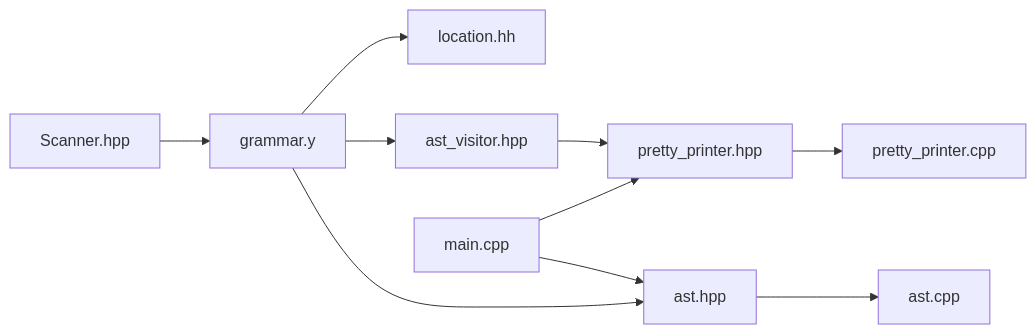
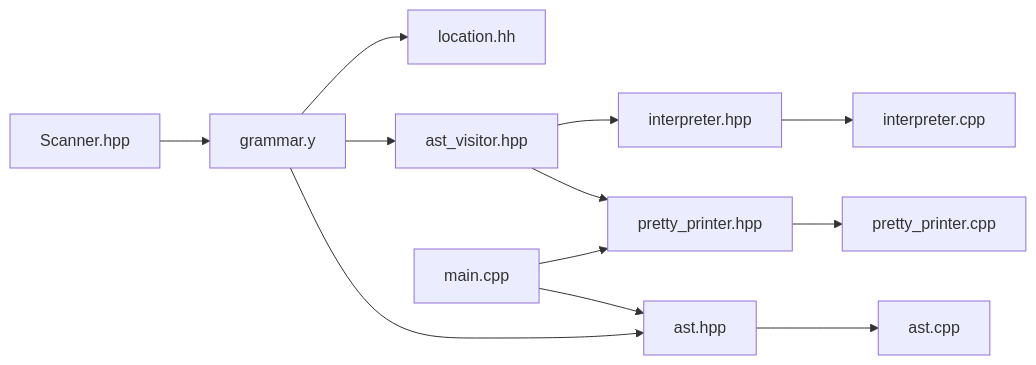
One commit to littlebirds/modern_bision changed the third of 4 diagrams in .qoder/repowiki/en/content/AST Framework/AST Framework.md. Above: the diagram before and after it, drawn with Mermaid. The commit also changed other lines of this file and 6 other files, not shown here.

````diff
--- a/.qoder/repowiki/en/content/AST Framework/AST Framework.md
+++ b/.qoder/repowiki/en/content/AST Framework/AST Framework.md
@@ -406,12 +467,14 @@
 ```mermaid
 graph LR
 G["grammar.y"] --> A["ast.hpp"]
 G --> V["ast_visitor.hpp"]
 G --> L["location.hh"]
 A --> ACPP["ast.cpp"]
 V --> PP_H["pretty_printer.hpp"]
+V --> I_H["interpreter.hpp"]
 PP_H --> PP_CPP["pretty_printer.cpp"]
+I_H --> I_CPP["interpreter.cpp"]
 M["main.cpp"] --> A
 M --> PP_H
 S["Scanner.hpp"] --> G
 ```
````
